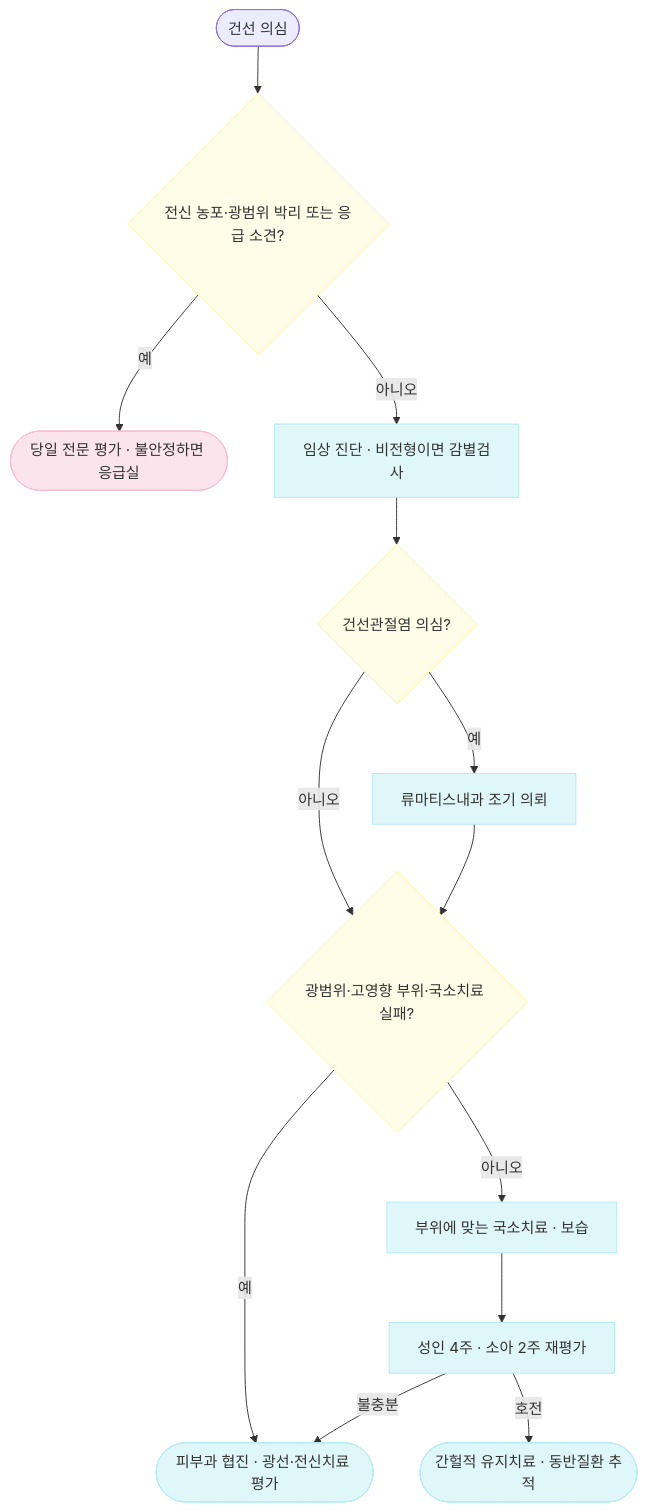
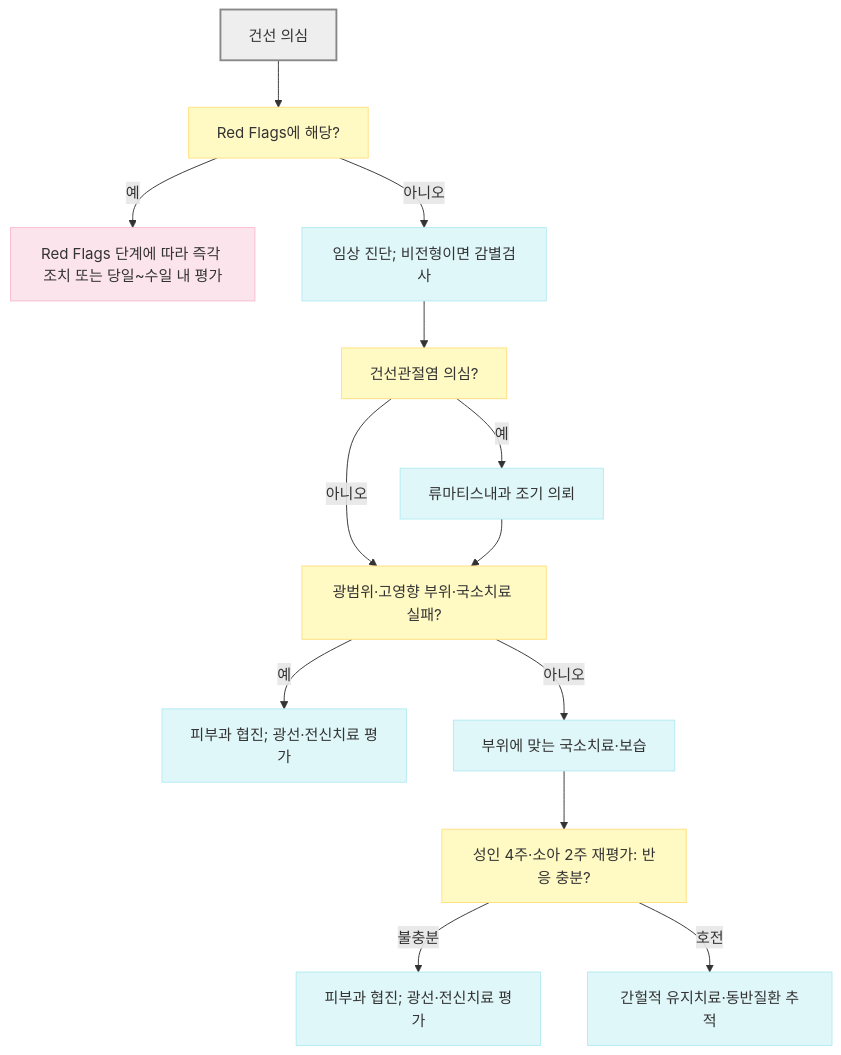
One commit to familyoh77/familyoh77 changed the diagram in 229_/163_-psoriasis.md. Above: the diagram before and after it, drawn with Mermaid. The commit also changed other lines of this file and 16 other files, not shown here.

````diff
--- a/229_/163_-psoriasis.md
+++ b/229_/163_-psoriasis.md
@@ -158,21 +158,23 @@
 ```mermaid
 flowchart TD
-    Start(["건선 의심"]) --> Danger{"전신 농포·광범위 박리 또는 응급 소견?"}
-    Danger -->|예| Urgent(["당일 전문 평가 · 불안정하면 응급실"])
-    Danger -->|아니오| Diagnosis["임상 진단 · 비전형이면 감별검사"]
-    Diagnosis --> Joint{"건선관절염 의심?"}
-    Joint -->|예| Rheum["류마티스내과 조기 의뢰"]
-    Joint -->|아니오| Extent{"광범위·고영향 부위·국소치료 실패?"}
+    Start["건선 의심"] --> Danger["Red Flags에 해당?"]
+    Danger -- "예" --> Urgent["Red Flags 단계에 따라 즉각 조치 또는 당일~수일 내 평가"]
+    Danger -- "아니오" --> Diagnosis["임상 진단; 비전형이면 감별검사"]
+    Diagnosis --> Joint["건선관절염 의심?"]
+    Joint -- "예" --> Rheum["류마티스내과 조기 의뢰"]
+    Joint -- "아니오" --> Extent["광범위·고영향 부위·국소치료 실패?"]
     Rheum --> Extent
-    Extent -->|예| Derm(["피부과 협진 · 광선·전신치료 평가"])
-    Extent -->|아니오| Local["부위에 맞는 국소치료 · 보습"]
-    Local --> Review["성인 4주 · 소아 2주 재평가"]
-    Review -->|불충분| Derm
-    Review -->|호전| Maintain(["간헐적 유지치료 · 동반질환 추적"])
-    classDef decision fill:#fffde7,stroke:#fff59d
+    Extent -- "예" --> Derm1["피부과 협진; 광선·전신치료 평가"]
+    Extent -- "아니오" --> Local["부위에 맞는 국소치료·보습"]
+    Local --> Review["성인 4주·소아 2주 재평가: 반응 충분?"]
+    Review -- "불충분" --> Derm2["피부과 협진; 광선·전신치료 평가"]
+    Review -- "호전" --> Maintain["간헐적 유지치료·동반질환 추적"]
+
+    classDef question fill:#fff9c4,stroke:#ffe082
     classDef action fill:#e0f7fa,stroke:#b2ebf2
     classDef urgent fill:#fce4ec,stroke:#f8bbd0
-    class Danger,Joint,Extent decision
-    class Diagnosis,Rheum,Local,Review,Derm,Maintain action
+    class Danger,Joint,Extent,Review question
+    class Diagnosis,Rheum,Local,Derm1,Derm2,Maintain action
     class Urgent urgent
+    style Start fill:#eeeeee,stroke:#888888,stroke-width:2px
 ```
````
